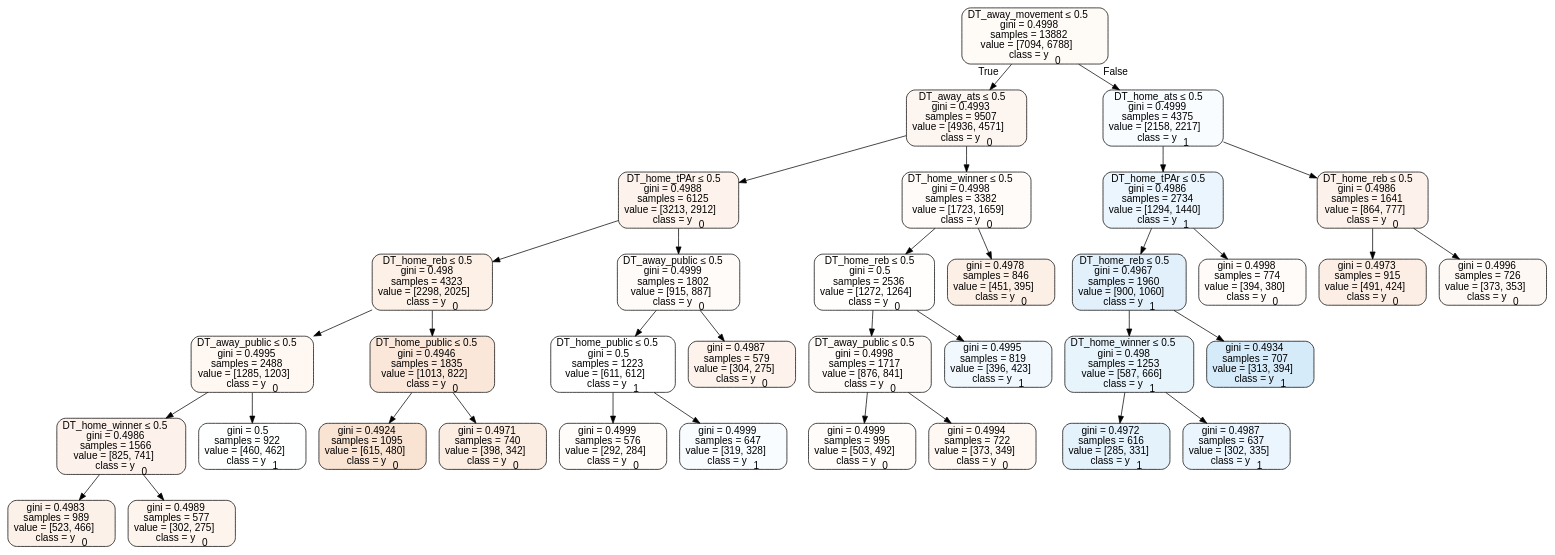
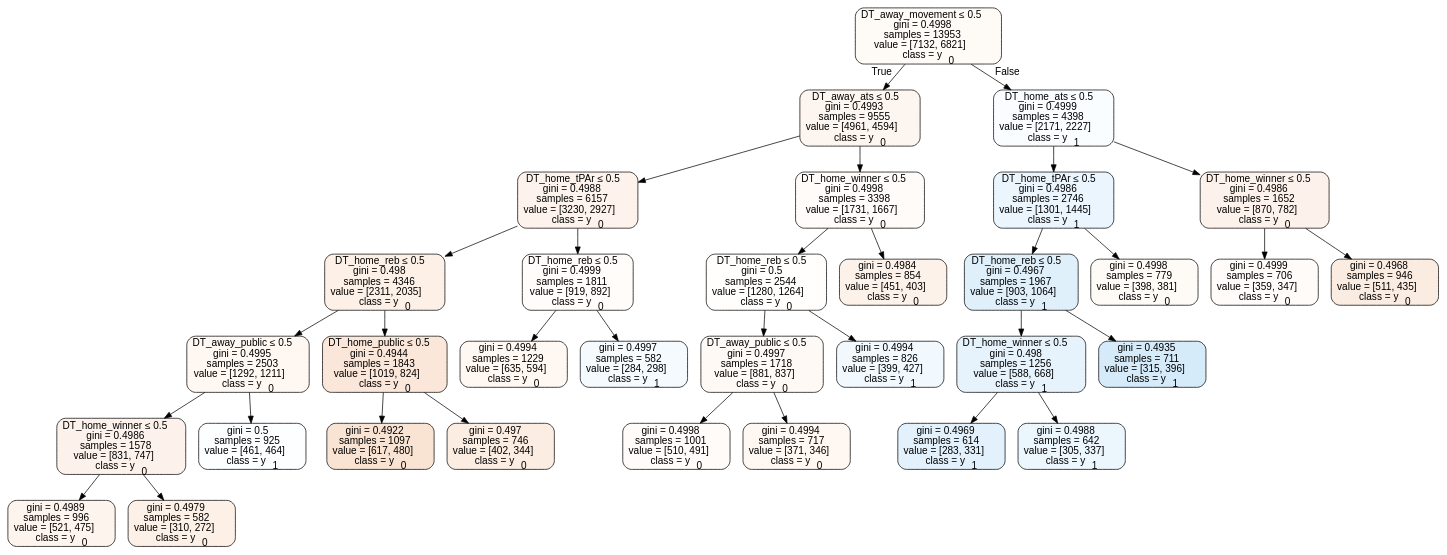
One commit to usbogie/ncaa-bets changed the diagram in tree_data/tree2016home.dot. Above: the diagram before and after it, drawn with Graphviz. The commit also changed 27 other files, not shown here.

```diff
--- a/tree_data/tree2016home.dot
+++ b/tree_data/tree2016home.dot
@@ -1,73 +1,69 @@
 digraph Tree {
 node [shape=box, style="filled, rounded", color="black", fontname=helvetica] ;
 edge [fontname=helvetica] ;
-0 [label=<DT_away_movement &le; 0.5<br/>gini = 0.4998<br/>samples = 13882<br/>value = [7094, 6788]<br/>class = y<SUB>0</SUB>>, fillcolor="#e581390b"] ;
-1 [label=<DT_away_ats &le; 0.5<br/>gini = 0.4993<br/>samples = 9507<br/>value = [4936, 4571]<br/>class = y<SUB>0</SUB>>, fillcolor="#e5813913"] ;
+0 [label=<DT_away_movement &le; 0.5<br/>gini = 0.4998<br/>samples = 13953<br/>value = [7132, 6821]<br/>class = y<SUB>0</SUB>>, fillcolor="#e581390b"] ;
+1 [label=<DT_away_ats &le; 0.5<br/>gini = 0.4993<br/>samples = 9555<br/>value = [4961, 4594]<br/>class = y<SUB>0</SUB>>, fillcolor="#e5813913"] ;
 0 -> 1 [labeldistance=2.5, labelangle=45, headlabel="True"] ;
-2 [label=<DT_home_tPAr &le; 0.5<br/>gini = 0.4988<br/>samples = 6125<br/>value = [3213, 2912]<br/>class = y<SUB>0</SUB>>, fillcolor="#e5813918"] ;
+2 [label=<DT_home_tPAr &le; 0.5<br/>gini = 0.4988<br/>samples = 6157<br/>value = [3230, 2927]<br/>class = y<SUB>0</SUB>>, fillcolor="#e5813918"] ;
 1 -> 2 ;
-3 [label=<DT_home_reb &le; 0.5<br/>gini = 0.498<br/>samples = 4323<br/>value = [2298, 2025]<br/>class = y<SUB>0</SUB>>, fillcolor="#e581391e"] ;
+3 [label=<DT_home_reb &le; 0.5<br/>gini = 0.498<br/>samples = 4346<br/>value = [2311, 2035]<br/>class = y<SUB>0</SUB>>, fillcolor="#e581391e"] ;
 2 -> 3 ;
-4 [label=<DT_away_public &le; 0.5<br/>gini = 0.4995<br/>samples = 2488<br/>value = [1285, 1203]<br/>class = y<SUB>0</SUB>>, fillcolor="#e5813910"] ;
+4 [label=<DT_away_public &le; 0.5<br/>gini = 0.4995<br/>samples = 2503<br/>value = [1292, 1211]<br/>class = y<SUB>0</SUB>>, fillcolor="#e5813910"] ;
 3 -> 4 ;
-5 [label=<DT_home_winner &le; 0.5<br/>gini = 0.4986<br/>samples = 1566<br/>value = [825, 741]<br/>class = y<SUB>0</SUB>>, fillcolor="#e581391a"] ;
+5 [label=<DT_home_winner &le; 0.5<br/>gini = 0.4986<br/>samples = 1578<br/>value = [831, 747]<br/>class = y<SUB>0</SUB>>, fillcolor="#e581391a"] ;
 4 -> 5 ;
-6 [label=<gini = 0.4983<br/>samples = 989<br/>value = [523, 466]<br/>class = y<SUB>0</SUB>>, fillcolor="#e581391c"] ;
+6 [label=<gini = 0.4989<br/>samples = 996<br/>value = [521, 475]<br/>class = y<SUB>0</SUB>>, fillcolor="#e5813917"] ;
 5 -> 6 ;
-7 [label=<gini = 0.4989<br/>samples = 577<br/>value = [302, 275]<br/>class = y<SUB>0</SUB>>, fillcolor="#e5813917"] ;
+7 [label=<gini = 0.4979<br/>samples = 582<br/>value = [310, 272]<br/>class = y<SUB>0</SUB>>, fillcolor="#e581391f"] ;
 5 -> 7 ;
-8 [label=<gini = 0.5<br/>samples = 922<br/>value = [460, 462]<br/>class = y<SUB>1</SUB>>, fillcolor="#399de501"] ;
+8 [label=<gini = 0.5<br/>samples = 925<br/>value = [461, 464]<br/>class = y<SUB>1</SUB>>, fillcolor="#399de502"] ;
 4 -> 8 ;
-9 [label=<DT_home_public &le; 0.5<br/>gini = 0.4946<br/>samples = 1835<br/>value = [1013, 822]<br/>class = y<SUB>0</SUB>>, fillcolor="#e5813930"] ;
+9 [label=<DT_home_public &le; 0.5<br/>gini = 0.4944<br/>samples = 1843<br/>value = [1019, 824]<br/>class = y<SUB>0</SUB>>, fillcolor="#e5813931"] ;
 3 -> 9 ;
-10 [label=<gini = 0.4924<br/>samples = 1095<br/>value = [615, 480]<br/>class = y<SUB>0</SUB>>, fillcolor="#e5813938"] ;
+10 [label=<gini = 0.4922<br/>samples = 1097<br/>value = [617, 480]<br/>class = y<SUB>0</SUB>>, fillcolor="#e5813939"] ;
 9 -> 10 ;
-11 [label=<gini = 0.4971<br/>samples = 740<br/>value = [398, 342]<br/>class = y<SUB>0</SUB>>, fillcolor="#e5813924"] ;
+11 [label=<gini = 0.497<br/>samples = 746<br/>value = [402, 344]<br/>class = y<SUB>0</SUB>>, fillcolor="#e5813925"] ;
 9 -> 11 ;
-12 [label=<DT_away_public &le; 0.5<br/>gini = 0.4999<br/>samples = 1802<br/>value = [915, 887]<br/>class = y<SUB>0</SUB>>, fillcolor="#e5813908"] ;
+12 [label=<DT_home_reb &le; 0.5<br/>gini = 0.4999<br/>samples = 1811<br/>value = [919, 892]<br/>class = y<SUB>0</SUB>>, fillcolor="#e5813907"] ;
 2 -> 12 ;
-13 [label=<DT_home_public &le; 0.5<br/>gini = 0.5<br/>samples = 1223<br/>value = [611, 612]<br/>class = y<SUB>1</SUB>>, fillcolor="#399de500"] ;
+13 [label=<gini = 0.4994<br/>samples = 1229<br/>value = [635, 594]<br/>class = y<SUB>0</SUB>>, fillcolor="#e5813910"] ;
 12 -> 13 ;
-14 [label=<gini = 0.4999<br/>samples = 576<br/>value = [292, 284]<br/>class = y<SUB>0</SUB>>, fillcolor="#e5813907"] ;
-13 -> 14 ;
-15 [label=<gini = 0.4999<br/>samples = 647<br/>value = [319, 328]<br/>class = y<SUB>1</SUB>>, fillcolor="#399de507"] ;
-13 -> 15 ;
-16 [label=<gini = 0.4987<br/>samples = 579<br/>value = [304, 275]<br/>class = y<SUB>0</SUB>>, fillcolor="#e5813918"] ;
-12 -> 16 ;
-17 [label=<DT_home_winner &le; 0.5<br/>gini = 0.4998<br/>samples = 3382<br/>value = [1723, 1659]<br/>class = y<SUB>0</SUB>>, fillcolor="#e5813909"] ;
-1 -> 17 ;
-18 [label=<DT_home_reb &le; 0.5<br/>gini = 0.5<br/>samples = 2536<br/>value = [1272, 1264]<br/>class = y<SUB>0</SUB>>, fillcolor="#e5813902"] ;
+14 [label=<gini = 0.4997<br/>samples = 582<br/>value = [284, 298]<br/>class = y<SUB>1</SUB>>, fillcolor="#399de50c"] ;
+12 -> 14 ;
+15 [label=<DT_home_winner &le; 0.5<br/>gini = 0.4998<br/>samples = 3398<br/>value = [1731, 1667]<br/>class = y<SUB>0</SUB>>, fillcolor="#e5813909"] ;
+1 -> 15 ;
+16 [label=<DT_home_reb &le; 0.5<br/>gini = 0.5<br/>samples = 2544<br/>value = [1280, 1264]<br/>class = y<SUB>0</SUB>>, fillcolor="#e5813903"] ;
+15 -> 16 ;
+17 [label=<DT_away_public &le; 0.5<br/>gini = 0.4997<br/>samples = 1718<br/>value = [881, 837]<br/>class = y<SUB>0</SUB>>, fillcolor="#e581390d"] ;
+16 -> 17 ;
+18 [label=<gini = 0.4998<br/>samples = 1001<br/>value = [510, 491]<br/>class = y<SUB>0</SUB>>, fillcolor="#e5813909"] ;
 17 -> 18 ;
-19 [label=<DT_away_public &le; 0.5<br/>gini = 0.4998<br/>samples = 1717<br/>value = [876, 841]<br/>class = y<SUB>0</SUB>>, fillcolor="#e581390a"] ;
-18 -> 19 ;
-20 [label=<gini = 0.4999<br/>samples = 995<br/>value = [503, 492]<br/>class = y<SUB>0</SUB>>, fillcolor="#e5813906"] ;
-19 -> 20 ;
-21 [label=<gini = 0.4994<br/>samples = 722<br/>value = [373, 349]<br/>class = y<SUB>0</SUB>>, fillcolor="#e5813910"] ;
-19 -> 21 ;
-22 [label=<gini = 0.4995<br/>samples = 819<br/>value = [396, 423]<br/>class = y<SUB>1</SUB>>, fillcolor="#399de510"] ;
-18 -> 22 ;
-23 [label=<gini = 0.4978<br/>samples = 846<br/>value = [451, 395]<br/>class = y<SUB>0</SUB>>, fillcolor="#e5813920"] ;
-17 -> 23 ;
-24 [label=<DT_home_ats &le; 0.5<br/>gini = 0.4999<br/>samples = 4375<br/>value = [2158, 2217]<br/>class = y<SUB>1</SUB>>, fillcolor="#399de507"] ;
-0 -> 24 [labeldistance=2.5, labelangle=-45, headlabel="False"] ;
-25 [label=<DT_home_tPAr &le; 0.5<br/>gini = 0.4986<br/>samples = 2734<br/>value = [1294, 1440]<br/>class = y<SUB>1</SUB>>, fillcolor="#399de51a"] ;
+19 [label=<gini = 0.4994<br/>samples = 717<br/>value = [371, 346]<br/>class = y<SUB>0</SUB>>, fillcolor="#e5813911"] ;
+17 -> 19 ;
+20 [label=<gini = 0.4994<br/>samples = 826<br/>value = [399, 427]<br/>class = y<SUB>1</SUB>>, fillcolor="#399de511"] ;
+16 -> 20 ;
+21 [label=<gini = 0.4984<br/>samples = 854<br/>value = [451, 403]<br/>class = y<SUB>0</SUB>>, fillcolor="#e581391b"] ;
+15 -> 21 ;
+22 [label=<DT_home_ats &le; 0.5<br/>gini = 0.4999<br/>samples = 4398<br/>value = [2171, 2227]<br/>class = y<SUB>1</SUB>>, fillcolor="#399de506"] ;
+0 -> 22 [labeldistance=2.5, labelangle=-45, headlabel="False"] ;
+23 [label=<DT_home_tPAr &le; 0.5<br/>gini = 0.4986<br/>samples = 2746<br/>value = [1301, 1445]<br/>class = y<SUB>1</SUB>>, fillcolor="#399de519"] ;
+22 -> 23 ;
+24 [label=<DT_home_reb &le; 0.5<br/>gini = 0.4967<br/>samples = 1967<br/>value = [903, 1064]<br/>class = y<SUB>1</SUB>>, fillcolor="#399de527"] ;
+23 -> 24 ;
+25 [label=<DT_home_winner &le; 0.5<br/>gini = 0.498<br/>samples = 1256<br/>value = [588, 668]<br/>class = y<SUB>1</SUB>>, fillcolor="#399de51f"] ;
 24 -> 25 ;
-26 [label=<DT_home_reb &le; 0.5<br/>gini = 0.4967<br/>samples = 1960<br/>value = [900, 1060]<br/>class = y<SUB>1</SUB>>, fillcolor="#399de526"] ;
+26 [label=<gini = 0.4969<br/>samples = 614<br/>value = [283, 331]<br/>class = y<SUB>1</SUB>>, fillcolor="#399de525"] ;
 25 -> 26 ;
-27 [label=<DT_home_winner &le; 0.5<br/>gini = 0.498<br/>samples = 1253<br/>value = [587, 666]<br/>class = y<SUB>1</SUB>>, fillcolor="#399de51e"] ;
-26 -> 27 ;
-28 [label=<gini = 0.4972<br/>samples = 616<br/>value = [285, 331]<br/>class = y<SUB>1</SUB>>, fillcolor="#399de523"] ;
-27 -> 28 ;
-29 [label=<gini = 0.4987<br/>samples = 637<br/>value = [302, 335]<br/>class = y<SUB>1</SUB>>, fillcolor="#399de519"] ;
-27 -> 29 ;
-30 [label=<gini = 0.4934<br/>samples = 707<br/>value = [313, 394]<br/>class = y<SUB>1</SUB>>, fillcolor="#399de534"] ;
-26 -> 30 ;
-31 [label=<gini = 0.4998<br/>samples = 774<br/>value = [394, 380]<br/>class = y<SUB>0</SUB>>, fillcolor="#e5813909"] ;
-25 -> 31 ;
-32 [label=<DT_home_reb &le; 0.5<br/>gini = 0.4986<br/>samples = 1641<br/>value = [864, 777]<br/>class = y<SUB>0</SUB>>, fillcolor="#e581391a"] ;
-24 -> 32 ;
-33 [label=<gini = 0.4973<br/>samples = 915<br/>value = [491, 424]<br/>class = y<SUB>0</SUB>>, fillcolor="#e5813923"] ;
-32 -> 33 ;
-34 [label=<gini = 0.4996<br/>samples = 726<br/>value = [373, 353]<br/>class = y<SUB>0</SUB>>, fillcolor="#e581390e"] ;
-32 -> 34 ;
+27 [label=<gini = 0.4988<br/>samples = 642<br/>value = [305, 337]<br/>class = y<SUB>1</SUB>>, fillcolor="#399de518"] ;
+25 -> 27 ;
+28 [label=<gini = 0.4935<br/>samples = 711<br/>value = [315, 396]<br/>class = y<SUB>1</SUB>>, fillcolor="#399de534"] ;
+24 -> 28 ;
+29 [label=<gini = 0.4998<br/>samples = 779<br/>value = [398, 381]<br/>class = y<SUB>0</SUB>>, fillcolor="#e581390b"] ;
+23 -> 29 ;
+30 [label=<DT_home_winner &le; 0.5<br/>gini = 0.4986<br/>samples = 1652<br/>value = [870, 782]<br/>class = y<SUB>0</SUB>>, fillcolor="#e581391a"] ;
+22 -> 30 ;
+31 [label=<gini = 0.4999<br/>samples = 706<br/>value = [359, 347]<br/>class = y<SUB>0</SUB>>, fillcolor="#e5813909"] ;
+30 -> 31 ;
+32 [label=<gini = 0.4968<br/>samples = 946<br/>value = [511, 435]<br/>class = y<SUB>0</SUB>>, fillcolor="#e5813926"] ;
+30 -> 32 ;
 }
```
